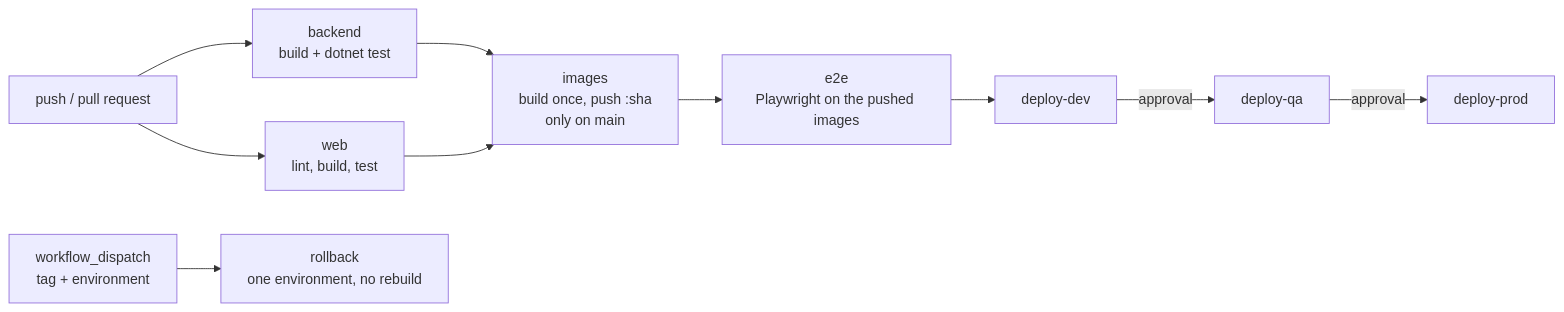
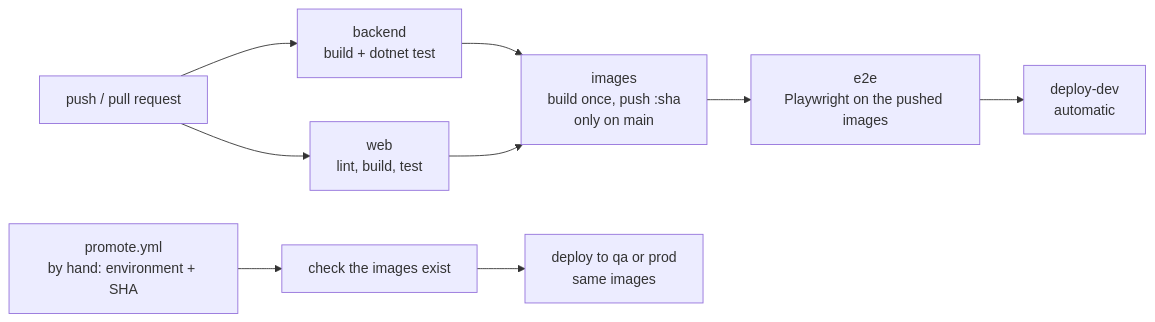
One commit to bratsale/gridwise changed the diagram in docs/deployment.md. Above: the diagram before and after it, drawn with Mermaid. The commit also changed other lines of this file and 2 other files, not shown here.

Commit message:
ci: build, test and promote the same images through dev, qa and prod

````diff
--- a/docs/deployment.md
+++ b/docs/deployment.md
@@ -8,12 +8,11 @@
 ```mermaid
 flowchart LR
   push[push / pull request] --> backend[backend<br/>build + dotnet test]
   push --> web[web<br/>lint, build, test]
   backend --> images
   web --> images
   images[images<br/>build once, push :sha<br/>only on main] --> e2e[e2e<br/>Playwright on the pushed images]
-  e2e --> dev[deploy-dev]
-  dev -->|approval| qa[deploy-qa]
-  qa -->|approval| prod[deploy-prod]
-  manual[workflow_dispatch<br/>tag + environment] --> rollback[rollback<br/>one environment, no rebuild]
+  e2e --> dev[deploy-dev<br/>automatic]
+  manual[promote.yml<br/>by hand: environment + SHA] --> check[check the images exist]
+  check --> target[deploy to qa or prod<br/>same images]
 ```
````
